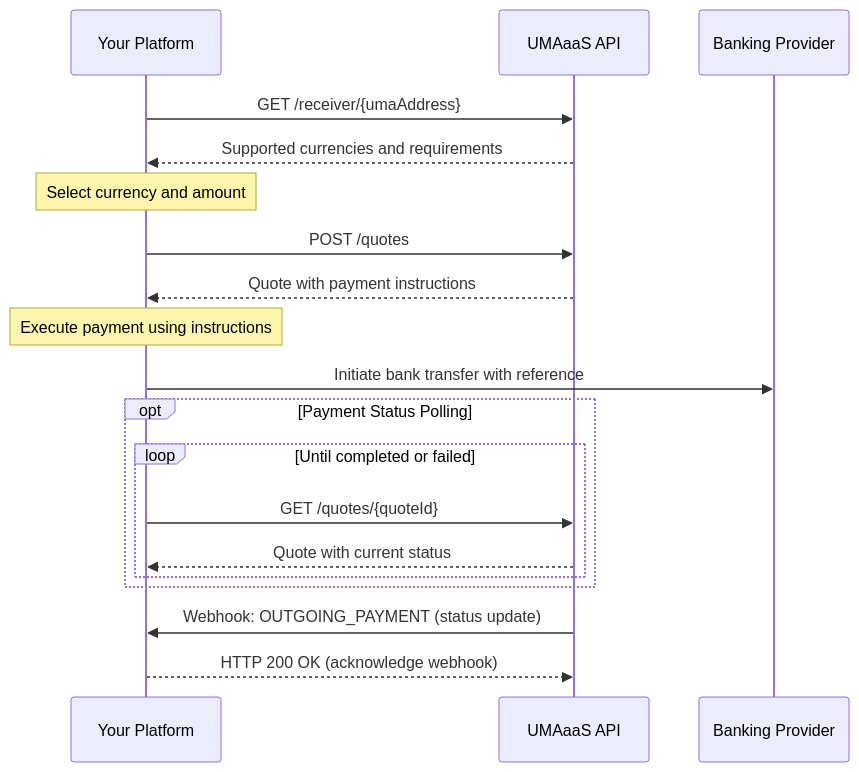
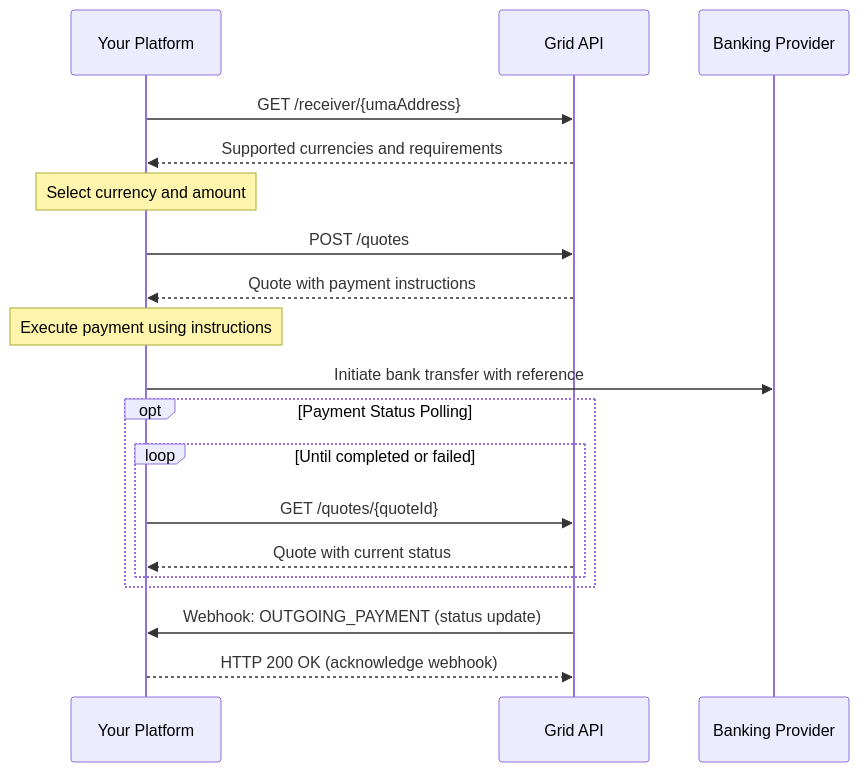
Before and after one commit to lightsparkdev/umaaas-api: the first of 2 diagrams in mintlify/remittances/developer-guides/sending-payments.mdx, drawn with Mermaid. The commit also changed other lines of this file and 32 other files, not shown here.

````diff
--- a/mintlify/remittances/developer-guides/sending-payments.mdx
+++ b/mintlify/remittances/developer-guides/sending-payments.mdx
@@ -10,24 +10,24 @@
 ```mermaid
 sequenceDiagram
     participant Client as Your Platform
-    participant UMAaaS as UMAaaS API
+    participant Grid as Grid API
     participant Bank as Banking Provider
     
-    Client->>UMAaaS: GET /receiver/{umaAddress}
-    UMAaaS-->>Client: Supported currencies and requirements
+    Client->>Grid: GET /receiver/{umaAddress}
+    Grid-->>Client: Supported currencies and requirements
     Note over Client: Select currency and amount
-    Client->>UMAaaS: POST /quotes
-    UMAaaS-->>Client: Quote with payment instructions
+    Client->>Grid: POST /quotes
+    Grid-->>Client: Quote with payment instructions
     Note over Client: Execute payment using instructions
     Client->>Bank: Initiate bank transfer with reference
     
     opt Payment Status Polling
         loop Until completed or failed
-            Client->>UMAaaS: GET /quotes/{quoteId}
-            UMAaaS-->>Client: Quote with current status
+            Client->>Grid: GET /quotes/{quoteId}
+            Grid-->>Client: Quote with current status
         end
     end
     
-    UMAaaS->>Client: Webhook: OUTGOING_PAYMENT (status update)
-    Client-->>UMAaaS: HTTP 200 OK (acknowledge webhook)
+    Grid->>Client: Webhook: OUTGOING_PAYMENT (status update)
+    Client-->>Grid: HTTP 200 OK (acknowledge webhook)
 ```
````
